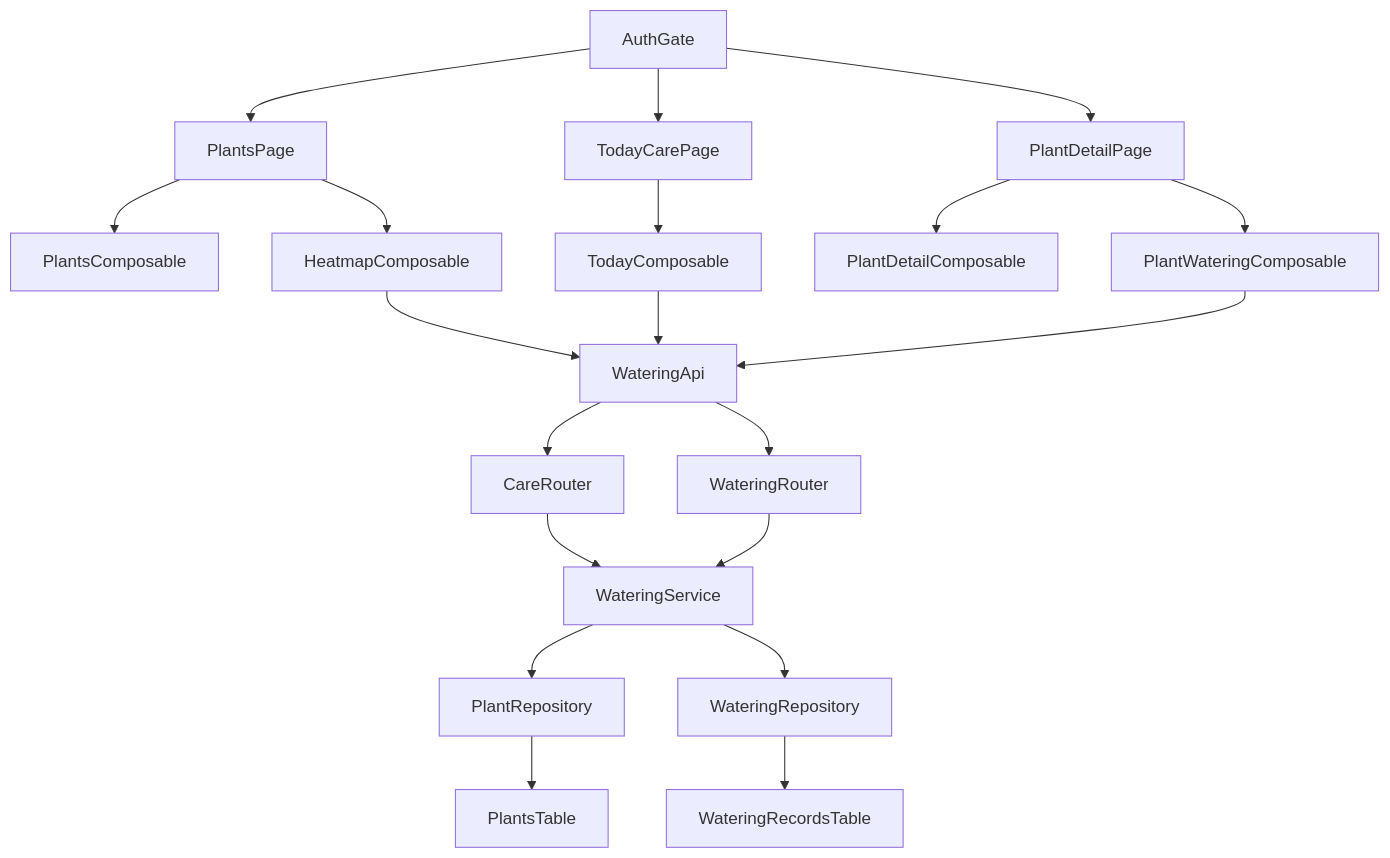
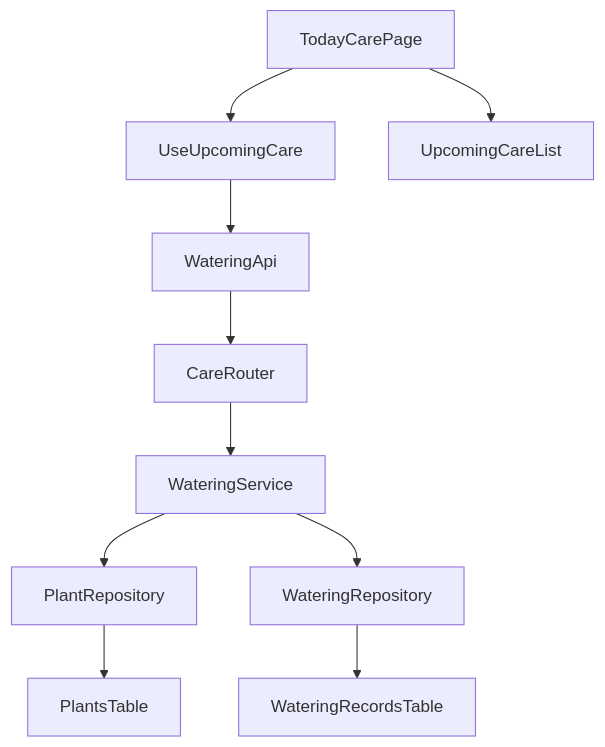
One commit to atoook/green-log changed the first of 3 diagrams in .kiro/specs/plant-watering-care/design.md. Above: the diagram before and after it, drawn with Mermaid. The commit also changed other lines of this file and 2 other files, not shown here.

Commit message:
execute /kiro-spec-design plant-watering-care -y

````diff
--- a/.kiro/specs/plant-watering-care/design.md
+++ b/.kiro/specs/plant-watering-care/design.md
@@ -79,22 +82,12 @@
 ```mermaid
 graph TB
-    AuthGate --> PlantsPage
-    AuthGate --> TodayCarePage
-    AuthGate --> PlantDetailPage
-    PlantsPage --> PlantsComposable
-    PlantsPage --> HeatmapComposable
-    TodayCarePage --> TodayComposable
-    PlantDetailPage --> PlantDetailComposable
-    PlantDetailPage --> PlantWateringComposable
-    HeatmapComposable --> WateringApi
-    TodayComposable --> WateringApi
-    PlantWateringComposable --> WateringApi
+    TodayCarePage --> UseUpcomingCare
+    UseUpcomingCare --> WateringApi
     WateringApi --> CareRouter
-    WateringApi --> WateringRouter
     CareRouter --> WateringService
-    WateringRouter --> WateringService
     WateringService --> PlantRepository
     WateringService --> WateringRepository
     PlantRepository --> PlantsTable
     WateringRepository --> WateringRecordsTable
+    TodayCarePage --> UpcomingCareList
 ```
````
